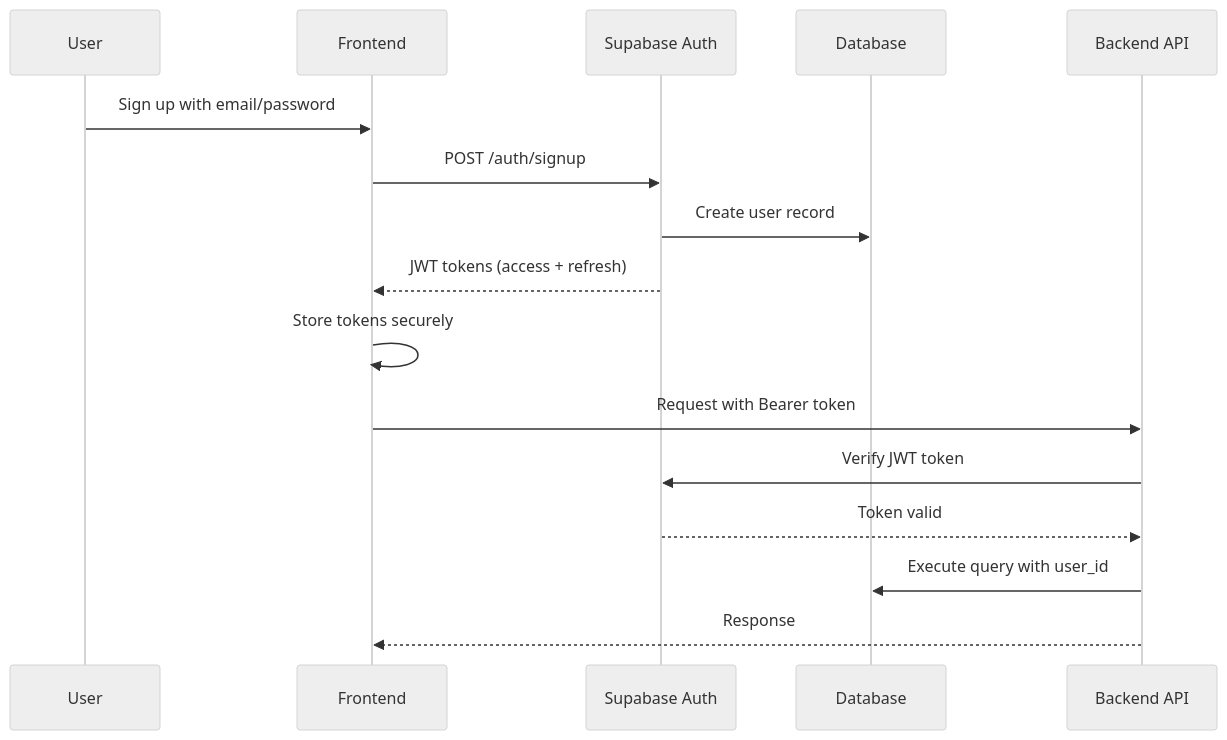
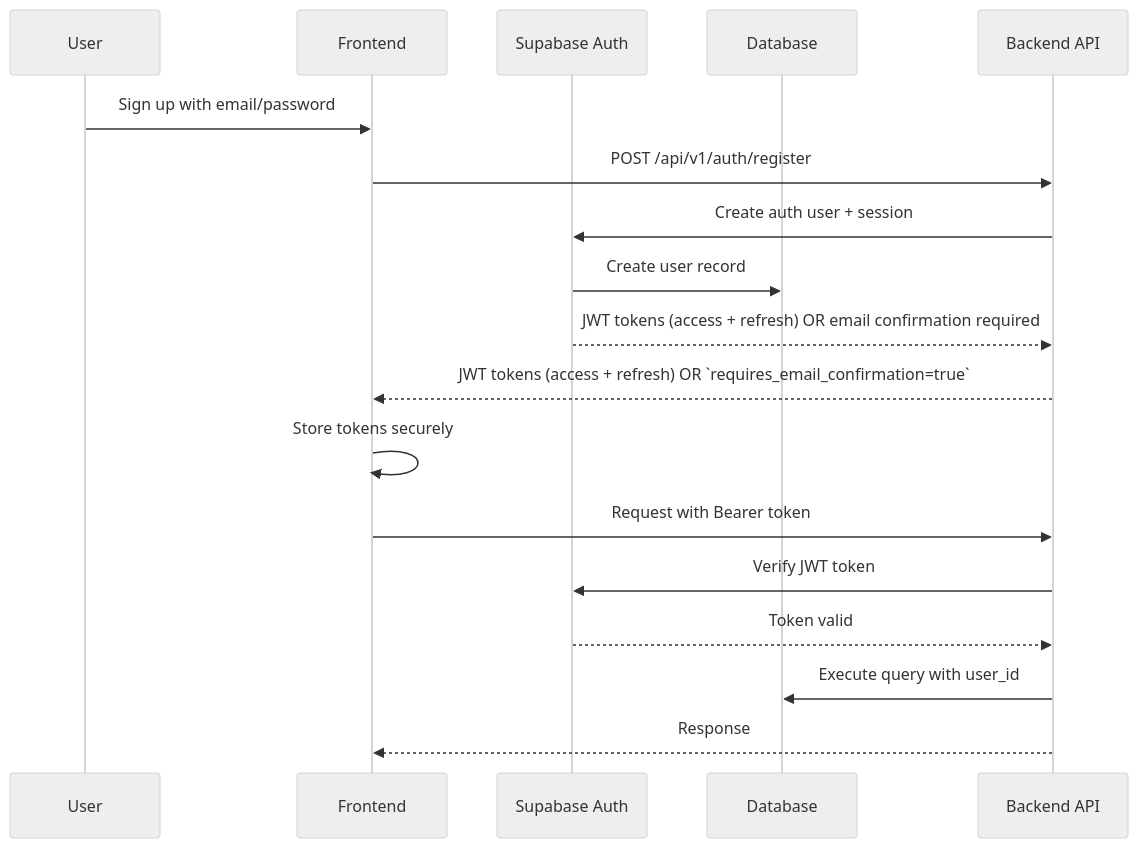
One commit to 360ghar/fitcheck-ai changed the diagram in docs/2-technical/auth-flow.md. Above: the diagram before and after it, drawn with Mermaid (neutral theme). The commit also changed other lines of this file and 204 other files, not shown here.

````diff
--- a/docs/2-technical/auth-flow.md
+++ b/docs/2-technical/auth-flow.md
@@ -9,19 +9,21 @@
 ```mermaid
 sequenceDiagram
     participant U as User
     participant FE as Frontend
     participant SA as Supabase Auth
     participant DB as Database
     participant API as Backend API
 
     U->>FE: Sign up with email/password
-    FE->>SA: POST /auth/signup
+    FE->>API: POST /api/v1/auth/register
+    API->>SA: Create auth user + session
     SA->>DB: Create user record
-    SA-->>FE: JWT tokens (access + refresh)
+    SA-->>API: JWT tokens (access + refresh) OR email confirmation required
+    API-->>FE: JWT tokens (access + refresh) OR `requires_email_confirmation=true`
     FE->>FE: Store tokens securely
     FE->>API: Request with Bearer token
     API->>SA: Verify JWT token
     SA-->>API: Token valid
     API->>DB: Execute query with user_id
     API-->>FE: Response
 ```
````
